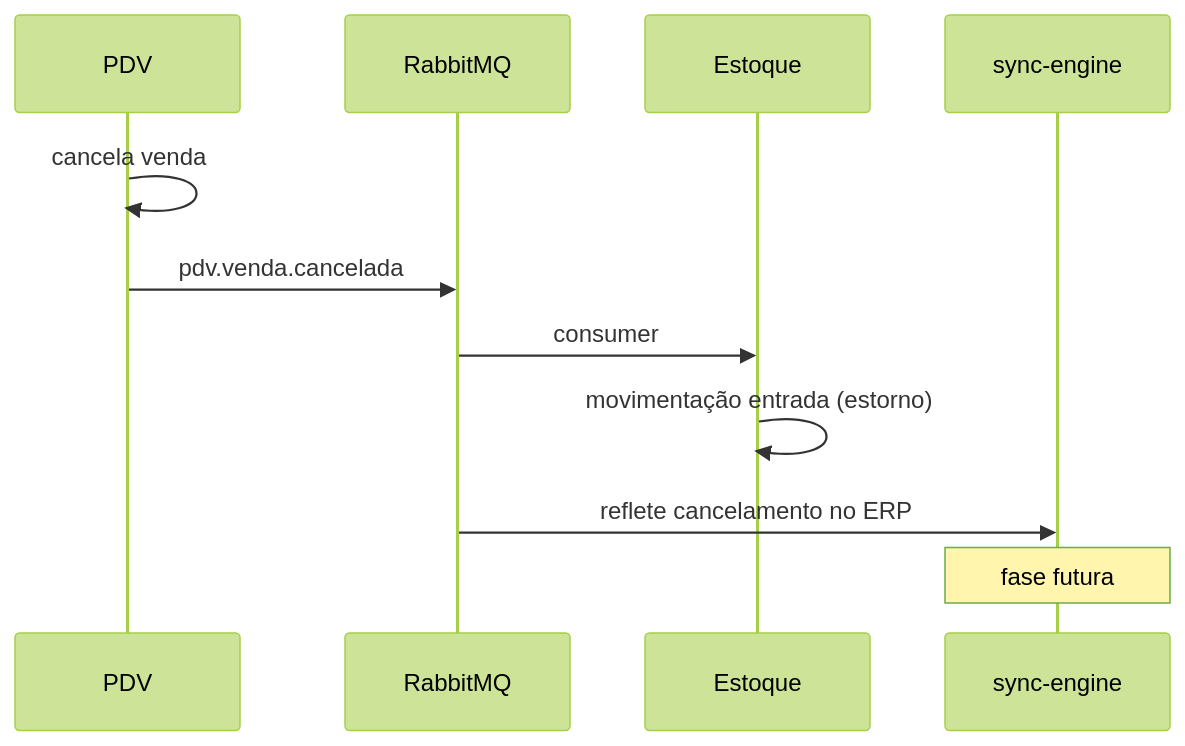
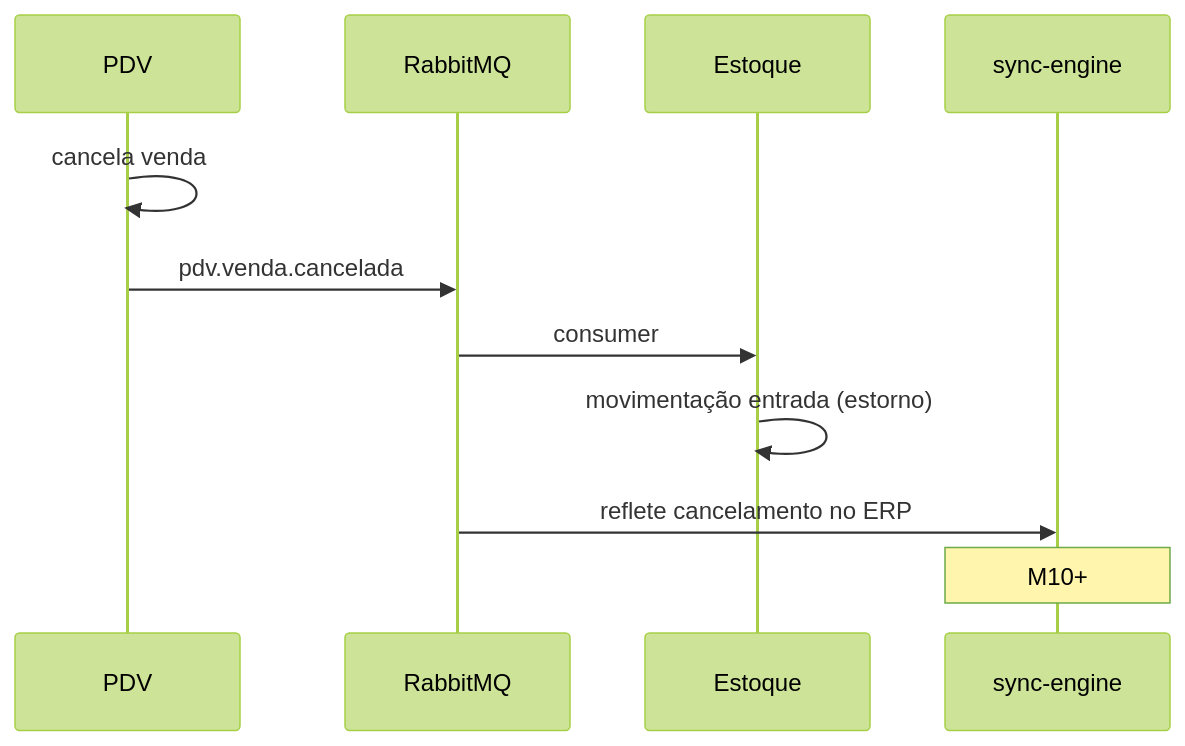
The eighth of 13 diagrams in docs/ROADMAP.md (gab-szz/pdv-microservicos), drawn with Mermaid (forest theme) before and after one commit. The commit also changed other lines of this file and 27 other files, not shown here.

````diff
--- a/docs/ROADMAP.md
+++ b/docs/ROADMAP.md
@@ -415,14 +399,14 @@
 ```mermaid
 sequenceDiagram
   participant PDV
   participant RMQ as RabbitMQ
   participant Estoque
   participant Sync as sync-engine
 
   PDV->>PDV: cancela venda
   PDV->>RMQ: pdv.venda.cancelada
   RMQ->>Estoque: consumer
   Estoque->>Estoque: movimentação entrada (estorno)
   RMQ->>Sync: reflete cancelamento no ERP
-  Note over Sync: fase futura
+  Note over Sync: M10+
 ```
````
